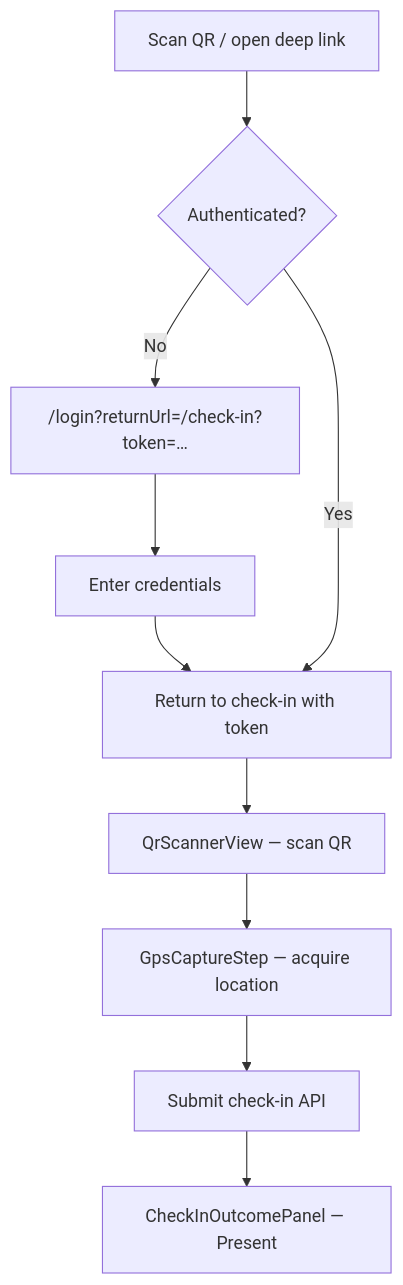
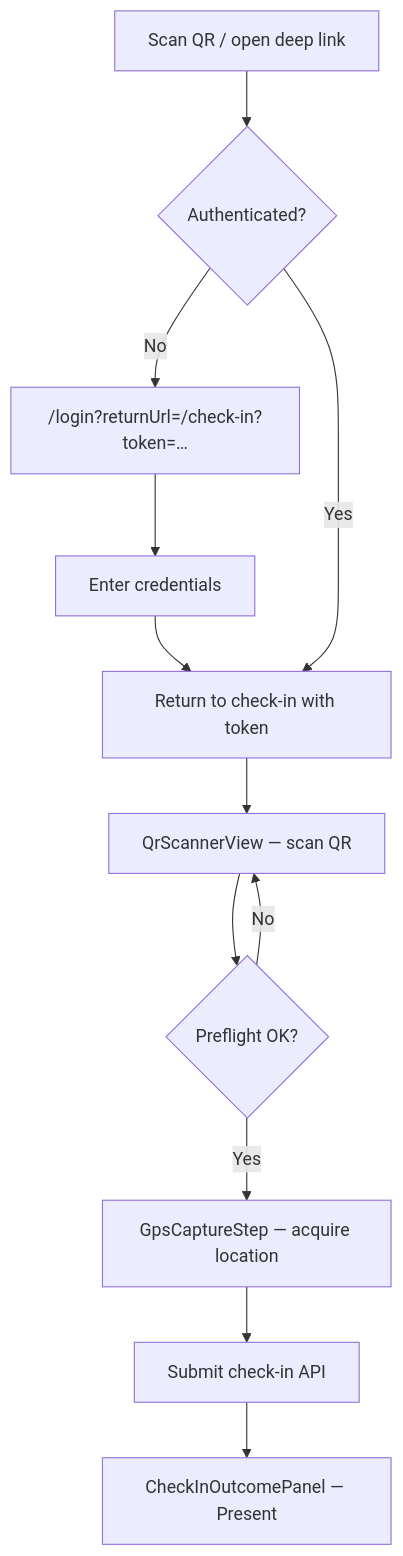
One commit to trannamtrung1st/ai-engineering-learning changed the first of 4 diagrams in projects/ai-harnessed_we-check-app/docs/ui-ux/10-user-flows.md. Above: the diagram before and after it, drawn with Mermaid. The commit also changed other lines of this file and 44 other files, not shown here.

````diff
--- a/projects/ai-harnessed_we-check-app/docs/ui-ux/10-user-flows.md
+++ b/projects/ai-harnessed_we-check-app/docs/ui-ux/10-user-flows.md
@@ -28,12 +28,14 @@
 ```mermaid
 flowchart TD
     A[Scan QR / open deep link] --> B{Authenticated?}
     B -->|No| C["/login?returnUrl=/check-in?token=…"]
     C --> D[Enter credentials]
     D --> E[Return to check-in with token]
     B -->|Yes| E
     E --> F[QrScannerView — scan QR]
-    F --> G[GpsCaptureStep — acquire location]
+    F --> PF{Preflight OK?}
+    PF -->|No| F
+    PF -->|Yes| G[GpsCaptureStep — acquire location]
     G --> H[Submit check-in API]
     H --> I[CheckInOutcomePanel — Present]
 ```
````
